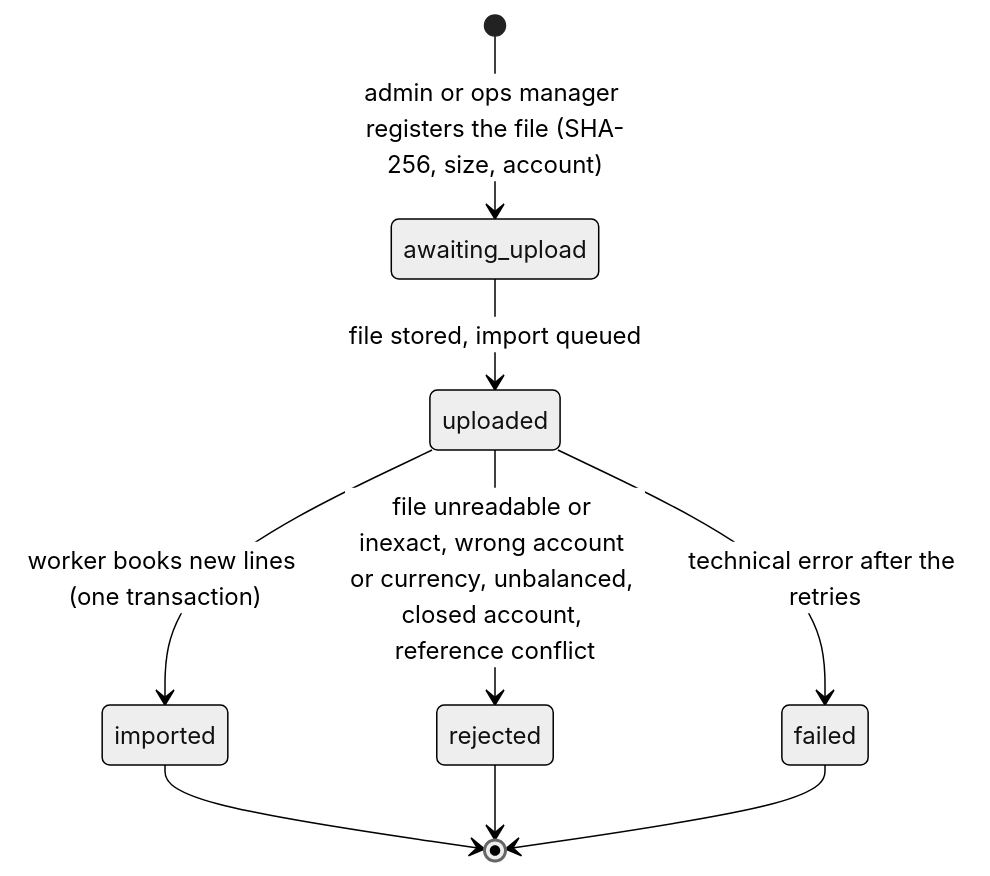
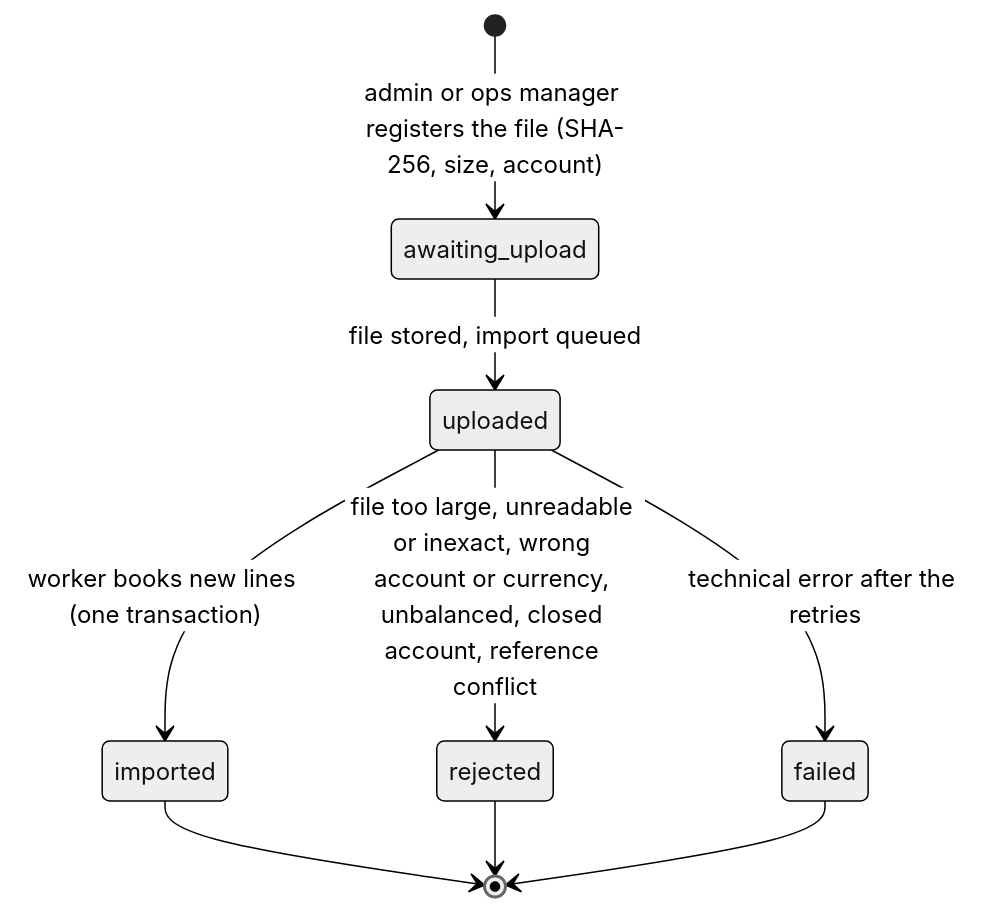
One commit to TheliosGroupe/collectoo changed diagram 14 of 14 in docs/DOMAIN.md. Above: the diagram before and after it, drawn with Mermaid (neutral theme). The commit also changed other lines of this file and 6 other files, not shown here.

````diff
--- a/docs/DOMAIN.md
+++ b/docs/DOMAIN.md
@@ -1163,11 +1169,11 @@
 ```mermaid
 stateDiagram-v2
     [*] --> awaiting_upload : admin or ops manager registers the file (SHA-256, size, account)
     awaiting_upload --> uploaded : file stored, import queued
     uploaded --> imported : worker books new lines (one transaction)
-    uploaded --> rejected : file unreadable or inexact, wrong account or currency, unbalanced, closed account, reference conflict
+    uploaded --> rejected : file too large, unreadable or inexact, wrong account or currency, unbalanced, closed account, reference conflict
     uploaded --> failed : technical error after the retries
     imported --> [*]
     rejected --> [*]
     failed --> [*]
 ```
````
